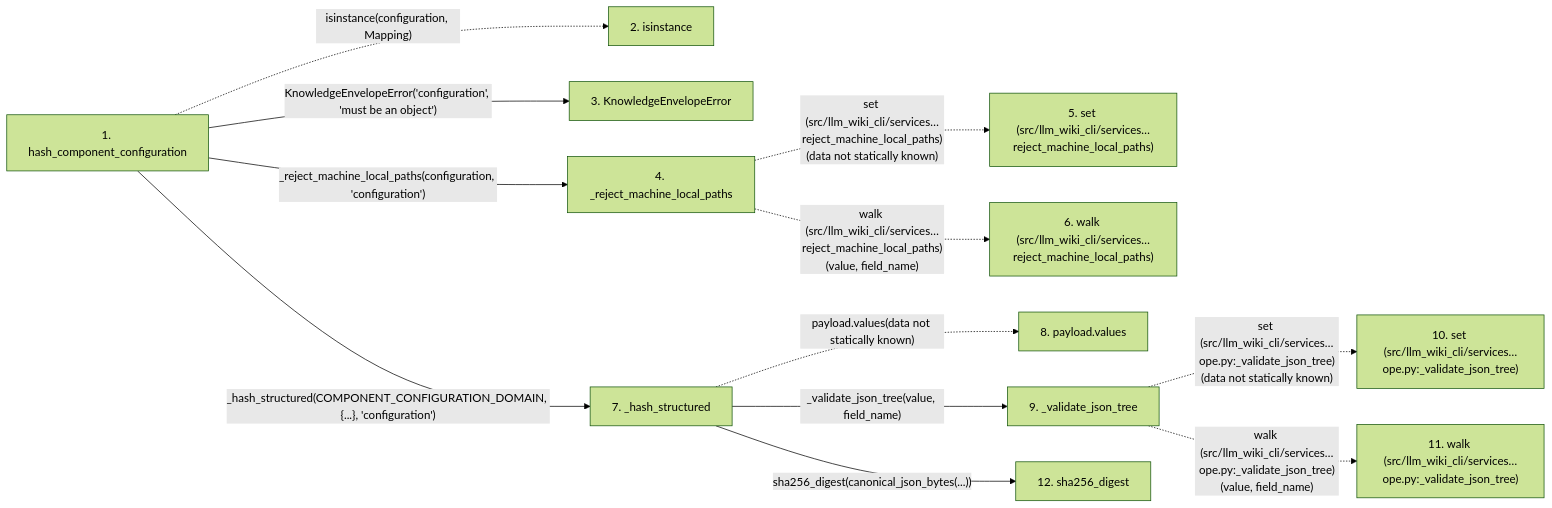
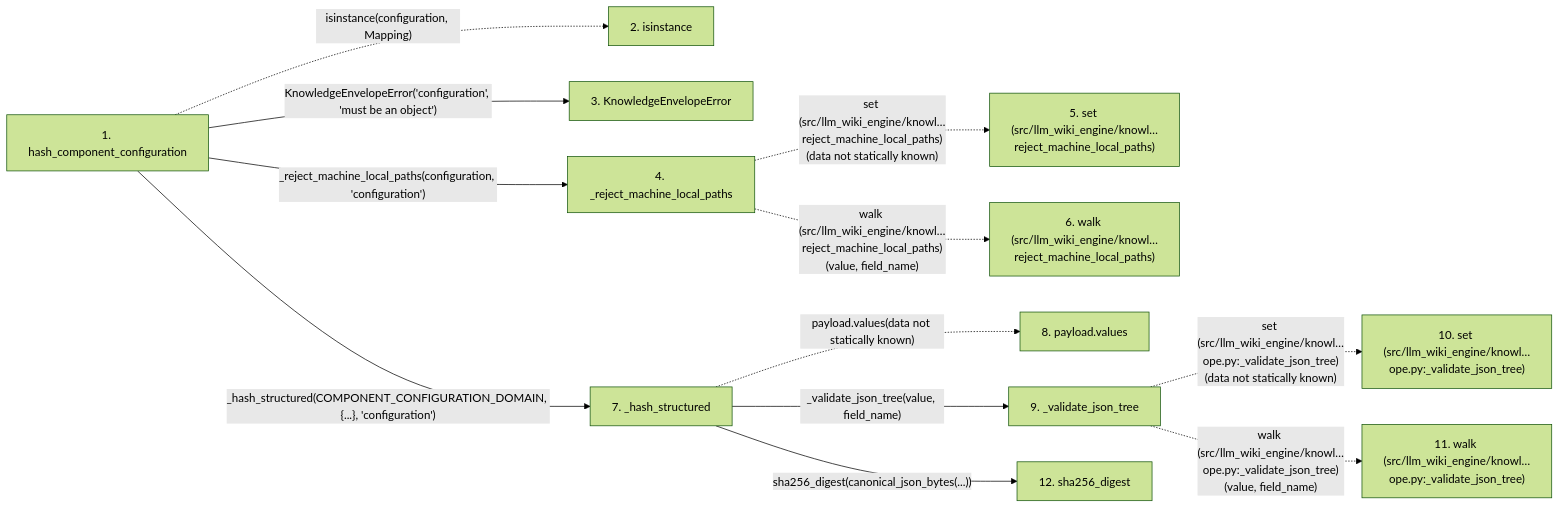
One commit to Denissvgn/python-wiki-llm changed the second of 2 diagrams in docs/llm_wiki/flows/api-hash_component_configuration.md. Above: the diagram before and after it, drawn with Mermaid (forest theme). The commit also changed other lines of this file and 1058 other files, not shown here.

````diff
--- a/docs/llm_wiki/flows/api-hash_component_configuration.md
+++ b/docs/llm_wiki/flows/api-hash_component_configuration.md
@@ -87,32 +87,32 @@
 ```mermaid
 flowchart LR
     s1["1. hash_component_configuration"]
     s2["2. isinstance"]
     s3["3. KnowledgeEnvelopeError"]
     s4["4. _reject_machine_local_paths"]
-    s5["5. set (src/llm_wiki_cli/services…reject_machine_local_paths)"]
-    s6["6. walk (src/llm_wiki_cli/services…reject_machine_local_paths)"]
+    s5["5. set (src/llm_wiki_engine/knowl…reject_machine_local_paths)"]
+    s6["6. walk (src/llm_wiki_engine/knowl…reject_machine_local_paths)"]
     s7["7. _hash_structured"]
     s8["8. payload.values"]
     s9["9. _validate_json_tree"]
-    s10["10. set (src/llm_wiki_cli/services…ope.py:_validate_json_tree)"]
-    s11["11. walk (src/llm_wiki_cli/services…ope.py:_validate_json_tree)"]
+    s10["10. set (src/llm_wiki_engine/knowl…ope.py:_validate_json_tree)"]
+    s11["11. walk (src/llm_wiki_engine/knowl…ope.py:_validate_json_tree)"]
     s12["12. sha256_digest"]
     s1 -. "isinstance(configuration, Mapping)" .-> s2
     s1 -->|"KnowledgeEnvelopeError('configuration', 'must be an object')"| s3
     s1 -->|"_reject_machine_local_paths(configuration, 'configuration')"| s4
-    s4 -. "set (src/llm_wiki_cli/services…reject_machine_local_paths)(data not statically known)" .-> s5
-    s4 -. "walk (src/llm_wiki_cli/services…reject_machine_local_paths)(value, field_name)" .-> s6
+    s4 -. "set (src/llm_wiki_engine/knowl…reject_machine_local_paths)(data not statically known)" .-> s5
+    s4 -. "walk (src/llm_wiki_engine/knowl…reject_machine_local_paths)(value, field_name)" .-> s6
     s1 -->|"_hash_structured(COMPONENT_CONFIGURATION_DOMAIN, {...}, 'configuration')"| s7
     s7 -. "payload.values(data not statically known)" .-> s8
     s7 -->|"_validate_json_tree(value, field_name)"| s9
-    s9 -. "set (src/llm_wiki_cli/services…ope.py:_validate_json_tree)(data not statically known)" .-> s10
-    s9 -. "walk (src/llm_wiki_cli/services…ope.py:_validate_json_tree)(value, field_name)" .-> s11
+    s9 -. "set (src/llm_wiki_engine/knowl…ope.py:_validate_json_tree)(data not statically known)" .-> s10
+    s9 -. "walk (src/llm_wiki_engine/knowl…ope.py:_validate_json_tree)(value, field_name)" .-> s11
     s7 -->|"sha256_digest(canonical_json_bytes(...))"| s12
     click s1 "../modules/knowledge_envelope.md"
     click s3 "../modules/knowledge_envelope.md"
     click s4 "../modules/knowledge_envelope.md"
     click s7 "../modules/knowledge_envelope.md"
     click s9 "../modules/knowledge_envelope.md"
     click s12 "../modules/canonical_json.md"
 ```
````
